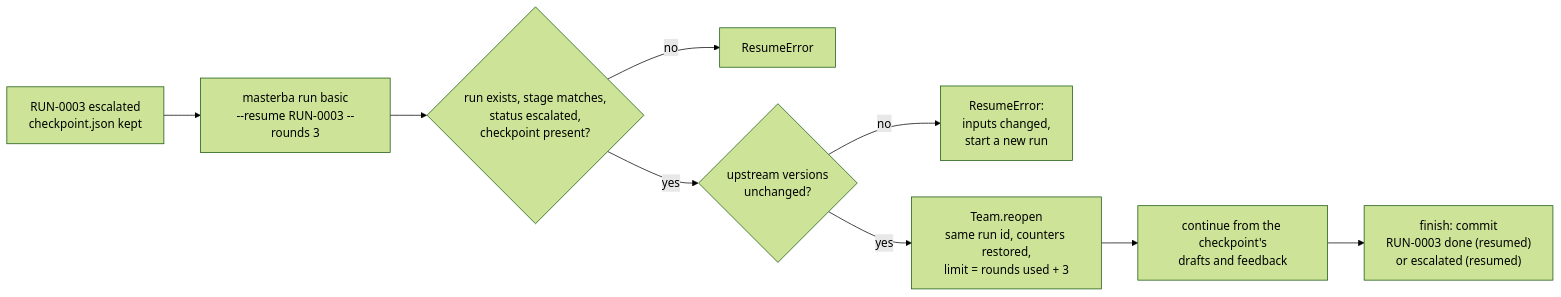
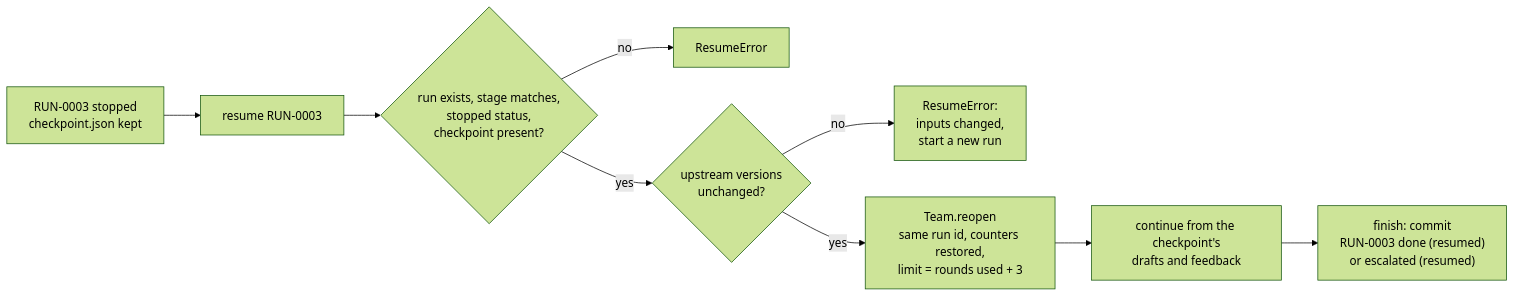
Before and after one commit to thanhpt-25/master-ba: the fourth of 4 diagrams in docs/architecture/04-team-runtime-control-flow.md, drawn with Mermaid (forest theme). The commit also changed other lines of this file and 38 other files, not shown here.

````diff
--- a/docs/architecture/04-team-runtime-control-flow.md
+++ b/docs/architecture/04-team-runtime-control-flow.md
@@ -184,11 +190,11 @@
 ```mermaid
 flowchart LR
-    ESC["RUN-0003 escalated<br/>checkpoint.json kept"] --> CMD["masterba run basic<br/>--resume RUN-0003 --rounds 3"]
-    CMD --> CHK{"run exists, stage matches,<br/>status escalated,<br/>checkpoint present?"}
+    ESC["RUN-0003 stopped<br/>checkpoint.json kept"] --> CMD["resume RUN-0003"]
+    CMD --> CHK{"run exists, stage matches,<br/>stopped status,<br/>checkpoint present?"}
     CHK -- no --> ERR["ResumeError"]
     CHK -- yes --> UP{"upstream versions<br/>unchanged?"}
     UP -- no --> ERR2["ResumeError:<br/>inputs changed,<br/>start a new run"]
     UP -- yes --> RO["Team.reopen<br/>same run id, counters restored,<br/>limit = rounds used + 3"]
     RO --> LOOP["continue from the checkpoint's<br/>drafts and feedback"]
     LOOP --> FIN["finish: commit<br/>RUN-0003 done (resumed)<br/>or escalated (resumed)"]
 ```
````
